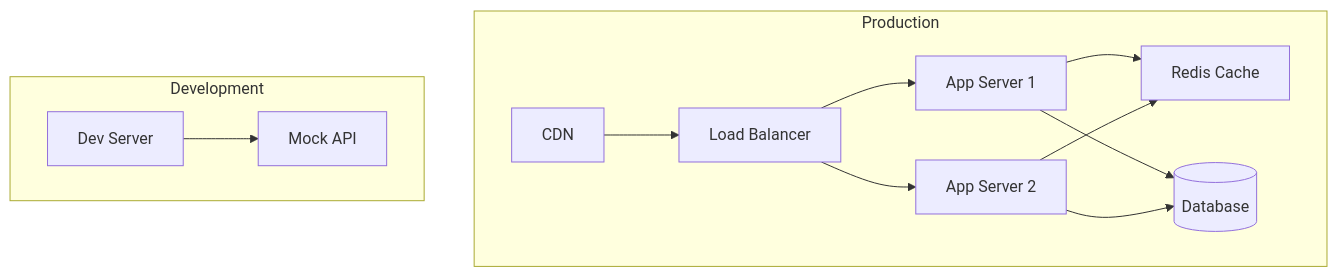
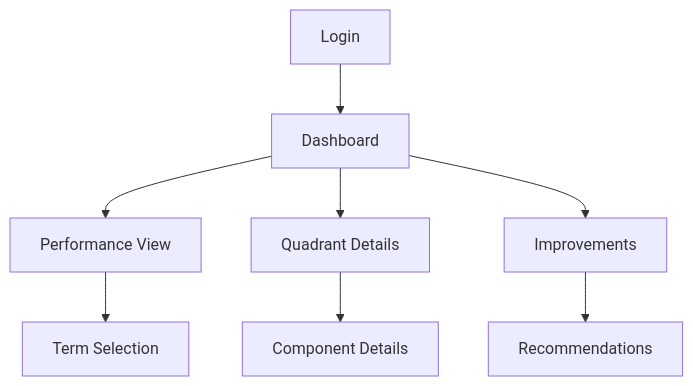
Before and after one commit to srisrihari/pep-score-nexus: the sixth of 11 diagrams in SRS.md, drawn with Mermaid. The commit also changed other lines of this file, not shown here.

````diff
--- a/SRS.md
+++ b/SRS.md
@@ -950,25 +1437,10 @@
 ```mermaid
-graph TB
-    subgraph Production
-        CDN[CDN]
-        LB[Load Balancer]
-        App1[App Server 1]
-        App2[App Server 2]
-        Cache[Redis Cache]
-        DB[(Database)]
-    end
-
-    subgraph Development
-        DevServer[Dev Server]
-        MockAPI[Mock API]
-    end
-
-    CDN --> LB
-    LB --> App1
-    LB --> App2
-    App1 --> Cache
-    App2 --> Cache
-    App1 --> DB
-    App2 --> DB
-    DevServer --> MockAPI
+graph TD
+    A[Login] --> B[Dashboard]
+    B --> C[Performance View]
+    B --> D[Quadrant Details]
+    B --> E[Improvements]
+    C --> F[Term Selection]
+    D --> G[Component Details]
+    E --> H[Recommendations]
 ```
````
